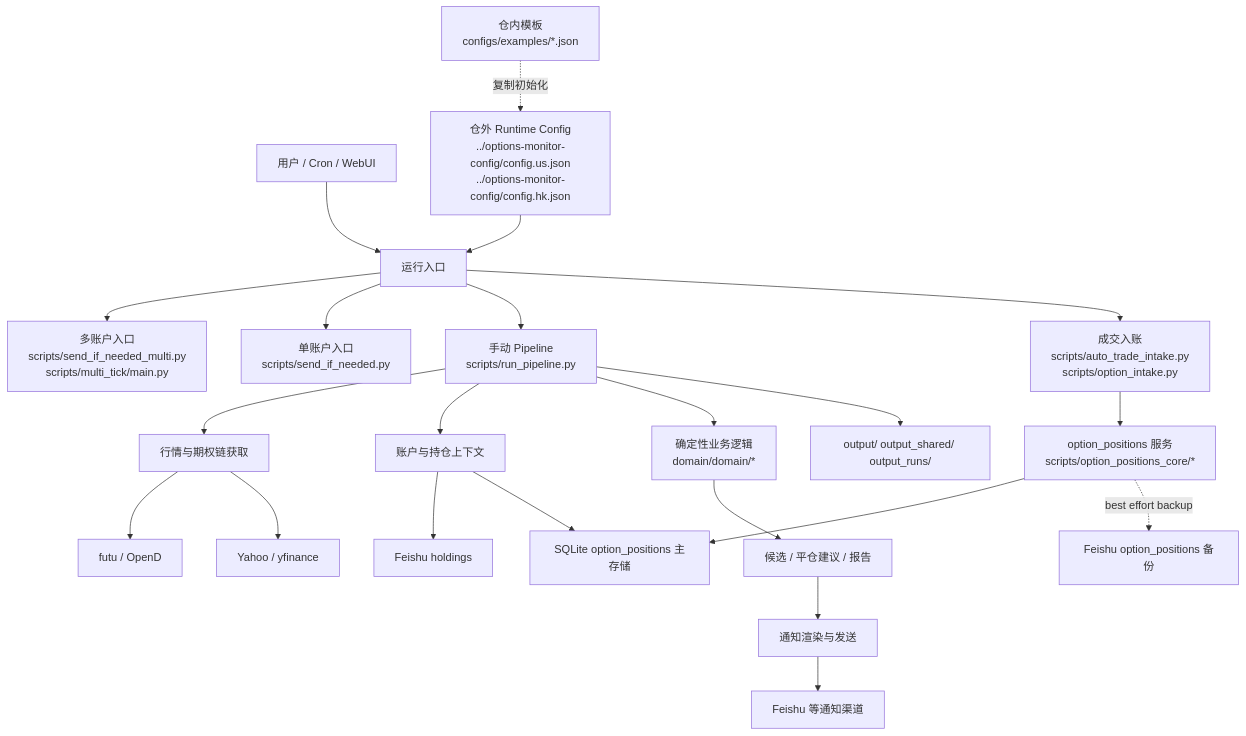
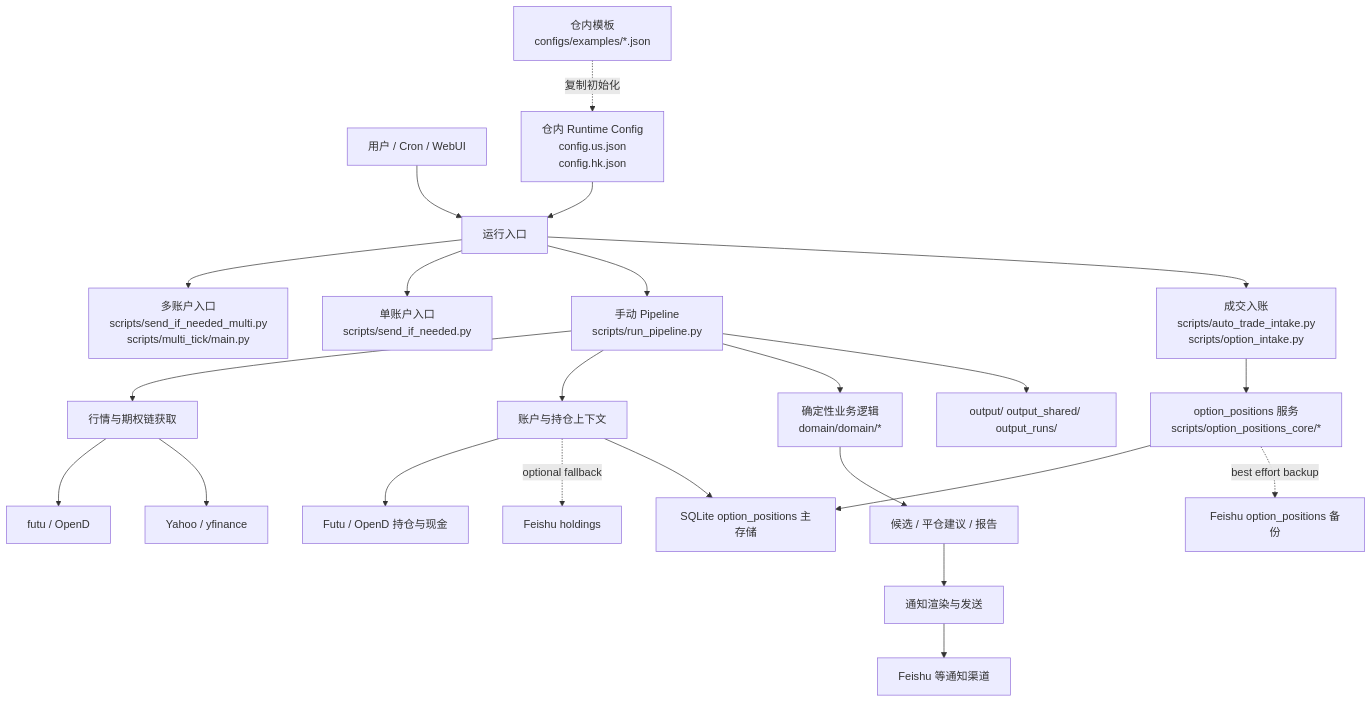
One commit to liuxie066/options-monitor changed the diagram in README.md. Above: the diagram before and after it, drawn with Mermaid. The commit also changed other lines of this file and 51 other files, not shown here.

````diff
--- a/README.md
+++ b/README.md
@@ -28,30 +28,31 @@
 ```mermaid
 flowchart TD
     User["用户 / Cron / WebUI"] --> Entrypoints["运行入口"]
     Entrypoints --> Multi["多账户入口<br/>scripts/send_if_needed_multi.py<br/>scripts/multi_tick/main.py"]
     Entrypoints --> Single["单账户入口<br/>scripts/send_if_needed.py"]
     Entrypoints --> Pipeline["手动 Pipeline<br/>scripts/run_pipeline.py"]
     Entrypoints --> Intake["成交入账<br/>scripts/auto_trade_intake.py<br/>scripts/option_intake.py"]
 
-    Runtime["仓外 Runtime Config<br/>../options-monitor-config/config.us.json<br/>../options-monitor-config/config.hk.json"] --> Entrypoints
+    Runtime["仓内 Runtime Config<br/>config.us.json<br/>config.hk.json"] --> Entrypoints
     Examples["仓内模板<br/>configs/examples/*.json"] -.复制初始化.-> Runtime
 
     Pipeline --> Fetch["行情与期权链获取"]
     Fetch --> Futu["futu / OpenD"]
     Fetch --> Yahoo["Yahoo / yfinance"]
 
     Pipeline --> Ctx["账户与持仓上下文"]
-    Ctx --> Holdings["Feishu holdings"]
+    Ctx --> FutuPortfolio["Futu / OpenD 持仓与现金"]
+    Ctx -.optional fallback.-> Holdings["Feishu holdings"]
     Ctx --> SQLite["SQLite option_positions 主存储"]
 
     Intake --> PositionCore["option_positions 服务<br/>scripts/option_positions_core/*"]
     PositionCore --> SQLite
     PositionCore -.best effort backup.-> FeishuBackup["Feishu option_positions 备份"]
 
     Pipeline --> Domain["确定性业务逻辑<br/>domain/domain/*"]
     Domain --> Alerts["候选 / 平仓建议 / 报告"]
     Alerts --> Notify["通知渲染与发送"]
     Notify --> Channel["Feishu 等通知渠道"]
 
     Pipeline --> Output["output/ output_shared/ output_runs/"]
 ```
````
